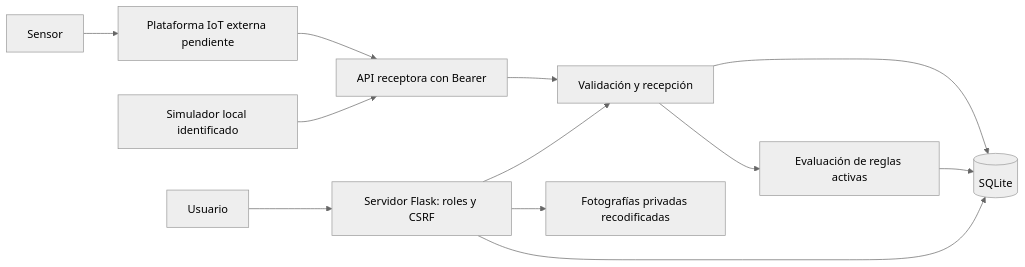
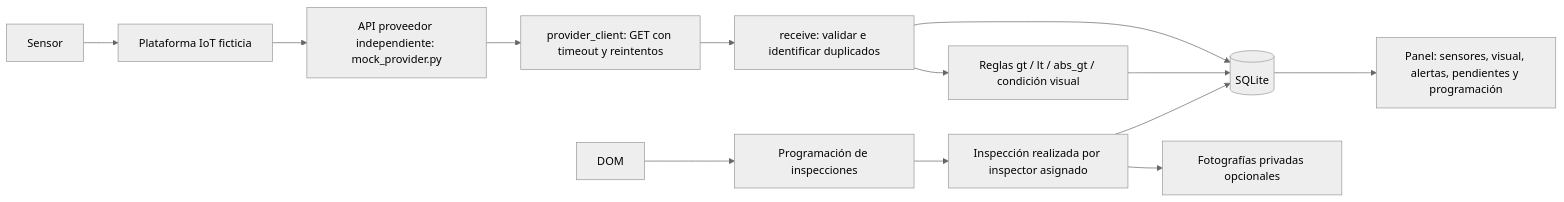
One commit to arieeliiu/monitoreo-puentes-municipales changed the diagram in docs/ARQUITECTURA.md. Above: the diagram before and after it, drawn with Mermaid (neutral theme). The commit also changed other lines of this file and 21 other files, not shown here.

````diff
--- a/docs/ARQUITECTURA.md
+++ b/docs/ARQUITECTURA.md
@@ -5,14 +5,15 @@
 ```mermaid
 flowchart LR
-  Sensor --> Plataforma[Plataforma IoT externa pendiente]
-  Plataforma --> API[API receptora con Bearer]
-  Simulador[Simulador local identificado] --> API
-  Usuario --> Flask[Servidor Flask: roles y CSRF]
-  API --> Recepcion[Validación y recepción]
-  Flask --> Recepcion
-  Recepcion --> SQLite[(SQLite)]
-  Recepcion --> Reglas[Evaluación de reglas activas]
-  Reglas --> SQLite
-  Flask --> Fotos[Fotografías privadas recodificadas]
-  Flask --> SQLite
+    Sensor --> Plataforma[Plataforma IoT ficticia]
+    Plataforma --> Proveedor[API proveedor independiente: mock_provider.py]
+    Proveedor --> Cliente[provider_client: GET con timeout y reintentos]
+    Cliente --> Recepcion[receive: validar e identificar duplicados]
+    Recepcion --> Reglas[Reglas gt / lt / abs_gt / condición visual]
+    Recepcion --> BD[(SQLite)]
+    Reglas --> BD
+    DOM --> Plan[Programación de inspecciones]
+    Plan --> Resultado[Inspección realizada por inspector asignado]
+    Resultado --> Fotos[Fotografías privadas opcionales]
+    Resultado --> BD
+    BD --> Panel[Panel: sensores, visual, alertas, pendientes y programación]
 ```
````
